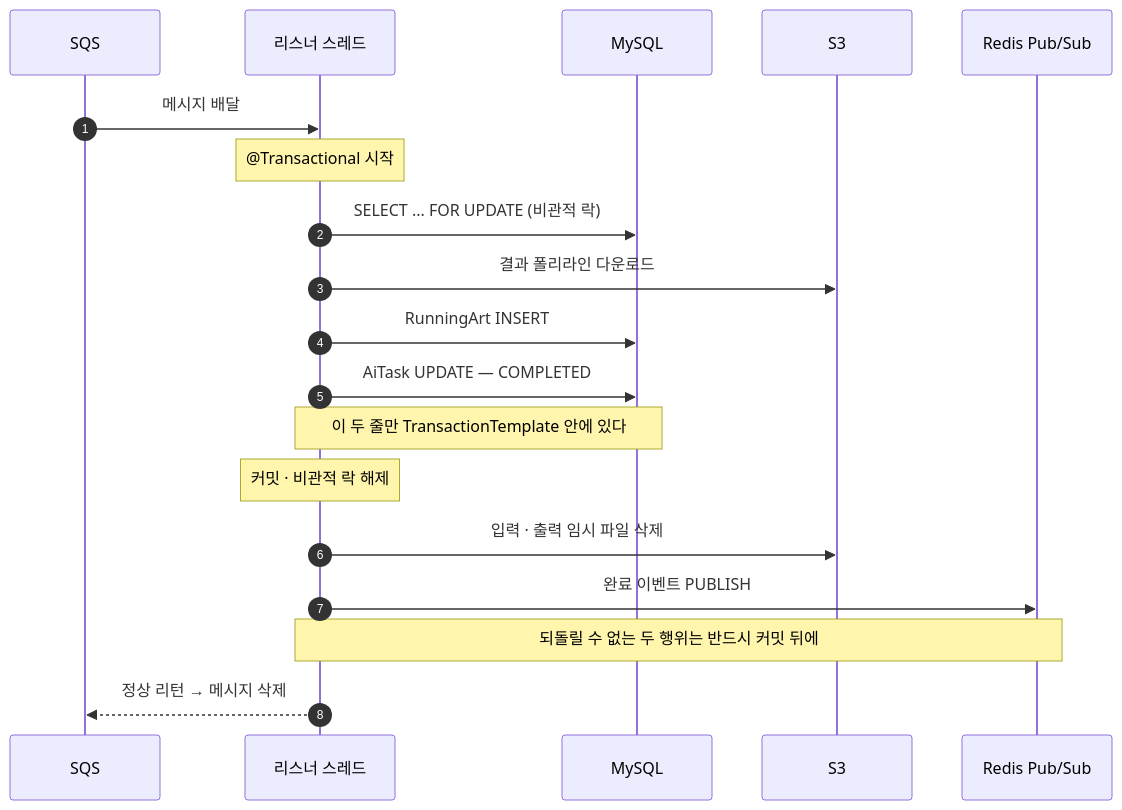
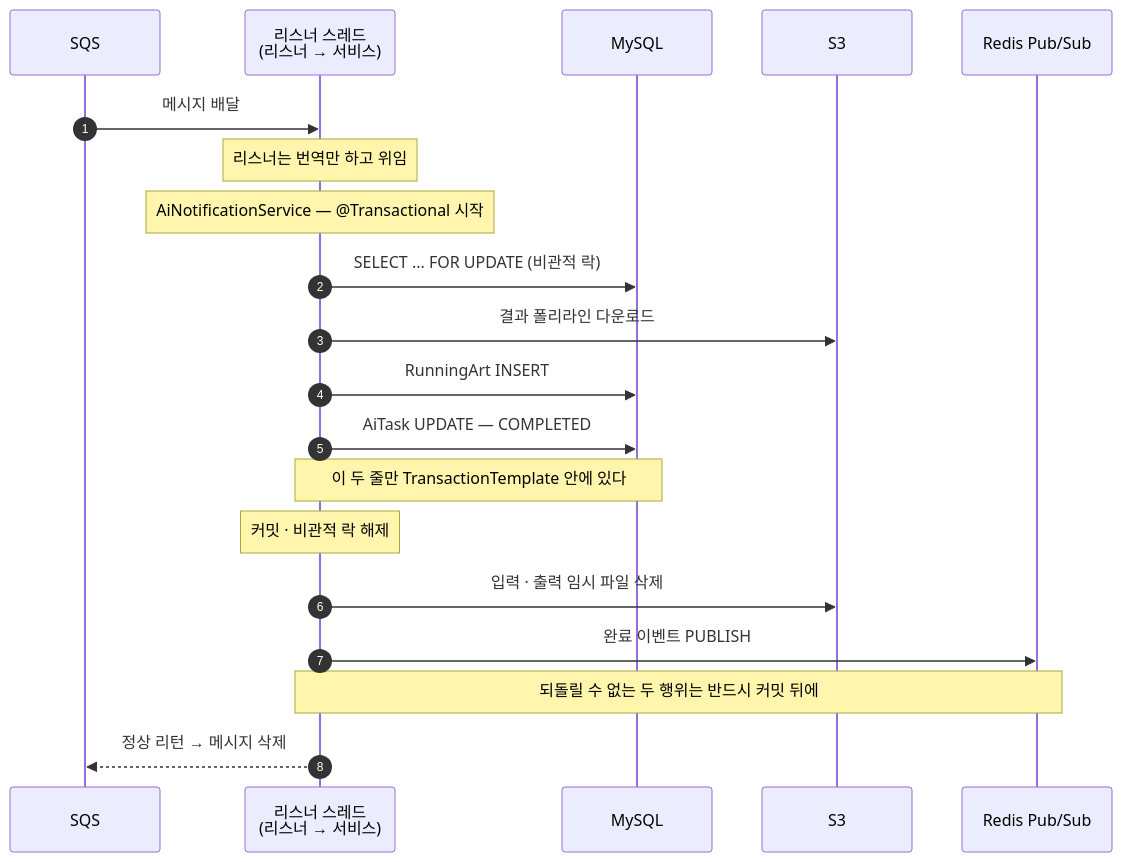
One commit to Aetheria-Tech/BE-Server changed the fourth of 5 diagrams in docs/architecture/sqs-message-flow.md. Above: the diagram before and after it, drawn with Mermaid. The commit also changed other lines of this file and 16 other files, not shown here.

First line of the commit message:
refactor(architecture): 인바운드 어댑터 재구조화 및 아키텍처 규칙 강화

````diff
--- a/docs/architecture/sqs-message-flow.md
+++ b/docs/architecture/sqs-message-flow.md
@@ -177,22 +206,23 @@
 ```mermaid
 sequenceDiagram
     autonumber
     participant Q as SQS
-    participant Lis as 리스너 스레드
+    participant Lis as 리스너 스레드<br/>(리스너 → 서비스)
     participant DB as MySQL
     participant S3 as S3
     participant R as Redis Pub/Sub
 
     Q->>Lis: 메시지 배달
-    Note over Lis: @Transactional 시작
+    Note over Lis: 리스너는 번역만 하고 위임
+    Note over Lis: AiNotificationService — @Transactional 시작
     Lis->>DB: SELECT ... FOR UPDATE (비관적 락)
     Lis->>S3: 결과 폴리라인 다운로드
     Lis->>DB: RunningArt INSERT
     Lis->>DB: AiTask UPDATE — COMPLETED
     Note over Lis,DB: 이 두 줄만 TransactionTemplate 안에 있다
     Note over Lis: 커밋 · 비관적 락 해제
     Lis->>S3: 입력 · 출력 임시 파일 삭제
     Lis->>R: 완료 이벤트 PUBLISH
     Note over Lis,R: 되돌릴 수 없는 두 행위는 반드시 커밋 뒤에
     Lis-->>Q: 정상 리턴 → 메시지 삭제
 ```
````
